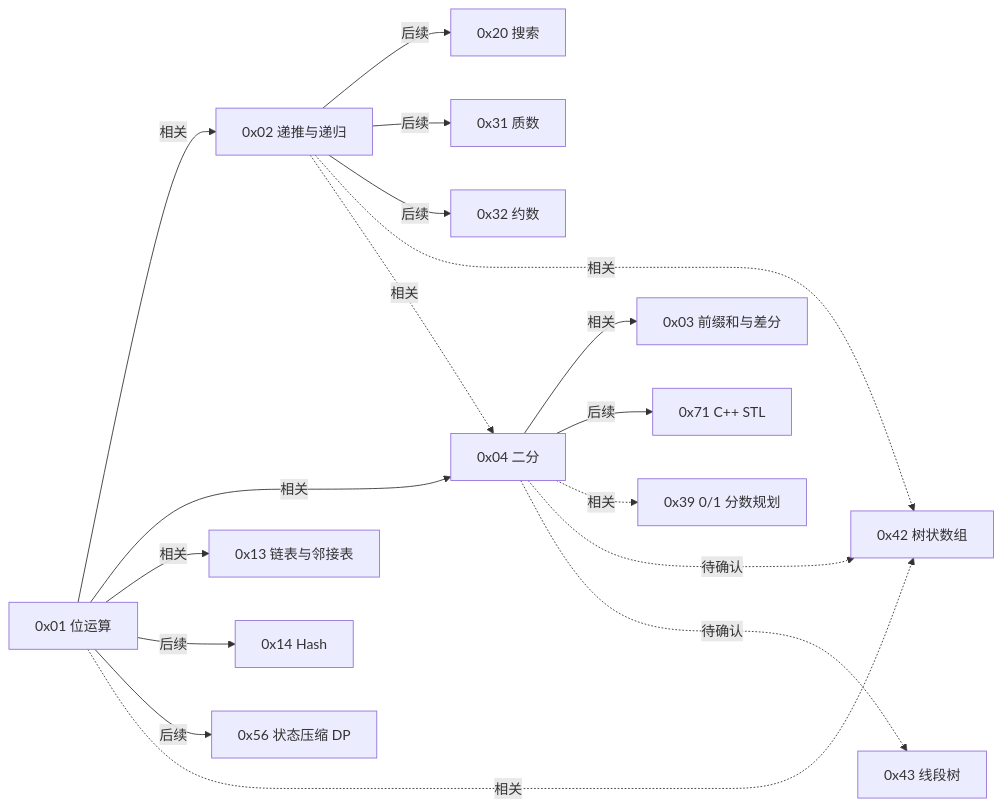
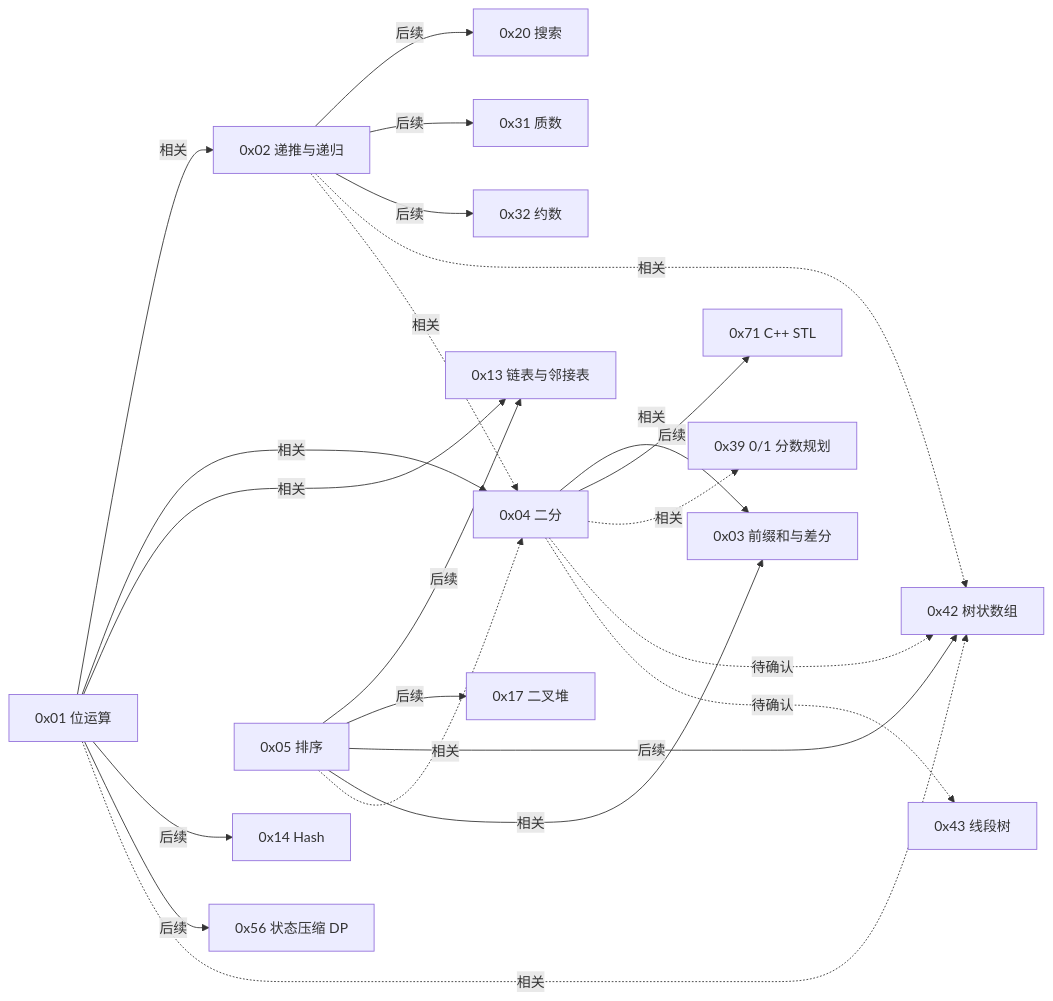
Before and after one commit to RobateV/algorithm-visualizer: the first of 2 diagrams in docs/knowledge-base/dependency-map.md, drawn with Mermaid. The commit also changed other lines of this file and 5 other files, not shown here.

````diff
--- a/docs/knowledge-base/dependency-map.md
+++ b/docs/knowledge-base/dependency-map.md
@@ -18,19 +18,24 @@
 ```mermaid
 graph LR
   B01[0x01 位运算] -->|相关| B02[0x02 递推与递归]
   B01 -->|相关| B04[0x04 二分]
   B01 -->|相关| B13[0x13 链表与邻接表]
   B01 -->|后续| B14[0x14 Hash]
   B01 -->|后续| B56[0x56 状态压缩 DP]
   B01 -.->|相关| B42[0x42 树状数组]
   B02 -->|后续| B20[0x20 搜索]
   B02 -->|后续| B31[0x31 质数]
   B02 -->|后续| B32[0x32 约数]
   B02 -.->|相关| B42
   B02 -.->|相关| B04
   B04 -->|相关| B03[0x03 前缀和与差分]
   B04 -->|后续| B71[0x71 C++ STL]
   B04 -.->|相关| B39[0x39 0/1 分数规划]
   B04 ..->|待确认| B42
   B04 ..->|待确认| B43[0x43 线段树]
+  B05[0x05 排序] -->|后续| B13[0x13 链表与邻接表]
+  B05 -->|后续| B17[0x17 二叉堆]
+  B05 -->|后续| B42[0x42 树状数组]
+  B05 -->|相关| B03
+  B05 -.->|相关| B04
 ```
````
